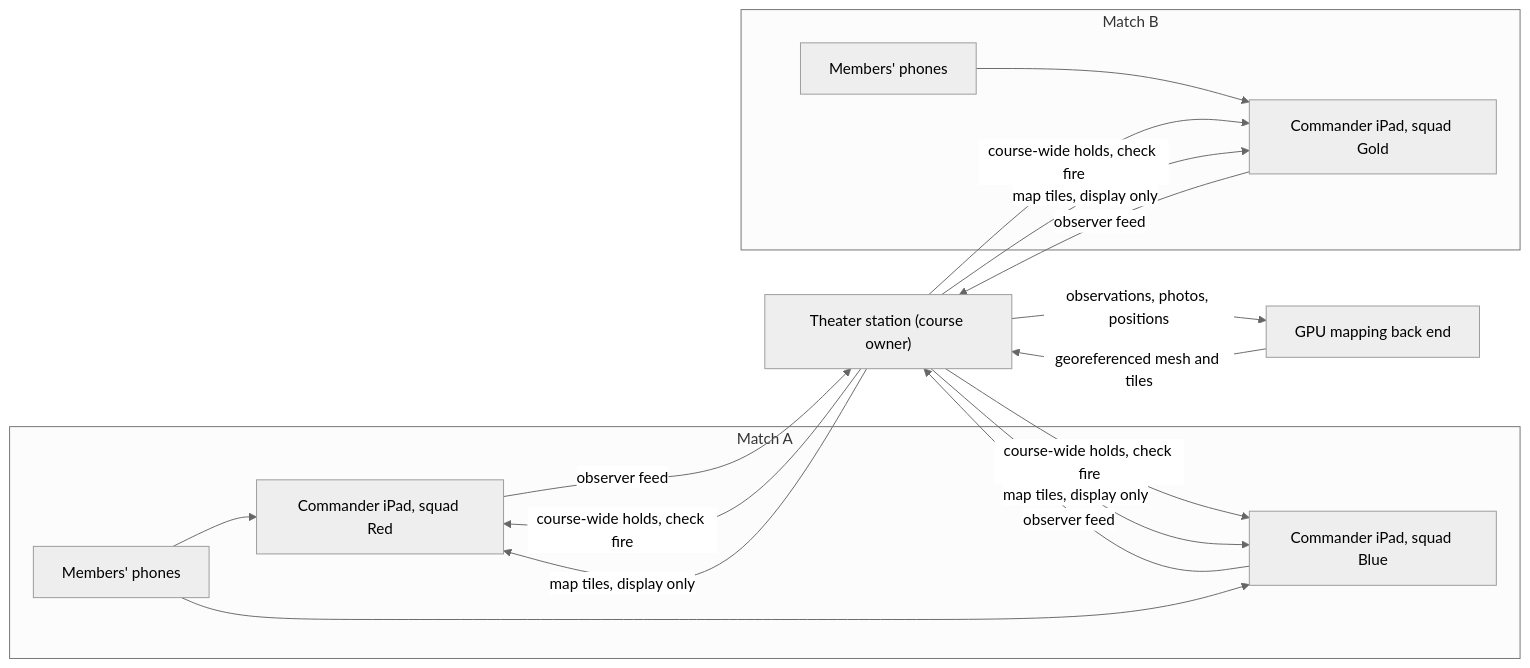
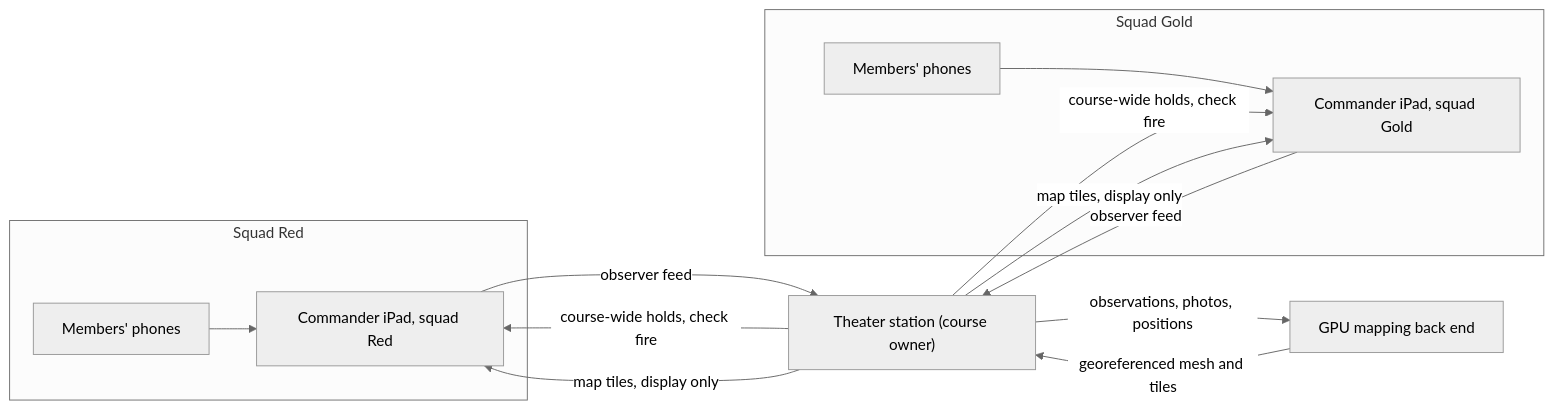
The diagram in docs/THEATER_MODE.md (zacharyelston/BackyardBallistics), drawn with Mermaid (neutral theme) before and after one commit. The commit also changed other lines of this file and 21 other files, not shown here.

````diff
--- a/docs/THEATER_MODE.md
+++ b/docs/THEATER_MODE.md
@@ -35,19 +35,18 @@
 ```mermaid
 graph LR
-  subgraph Match A
+  subgraph Squad Red
     CA1["Commander iPad, squad Red"]
-    CA2["Commander iPad, squad Blue"]
     PA["Members' phones"]
   end
-  subgraph Match B
+  subgraph Squad Gold
     CB1["Commander iPad, squad Gold"]
     PB["Members' phones"]
   end
-  PA --> CA1 & CA2
+  PA --> CA1
   PB --> CB1
-  CA1 & CA2 & CB1 -- observer feed --> T["Theater station (course owner)"]
-  T -- course-wide holds, check fire --> CA1 & CA2 & CB1
+  CA1 & CB1 -- observer feed --> T["Theater station (course owner)"]
+  T -- course-wide holds, check fire --> CA1 & CB1
   T -- observations, photos, positions --> G["GPU mapping back end"]
   G -- georeferenced mesh and tiles --> T
-  T -- map tiles, display only --> CA1 & CA2 & CB1
+  T -- map tiles, display only --> CA1 & CB1
 ```
````
